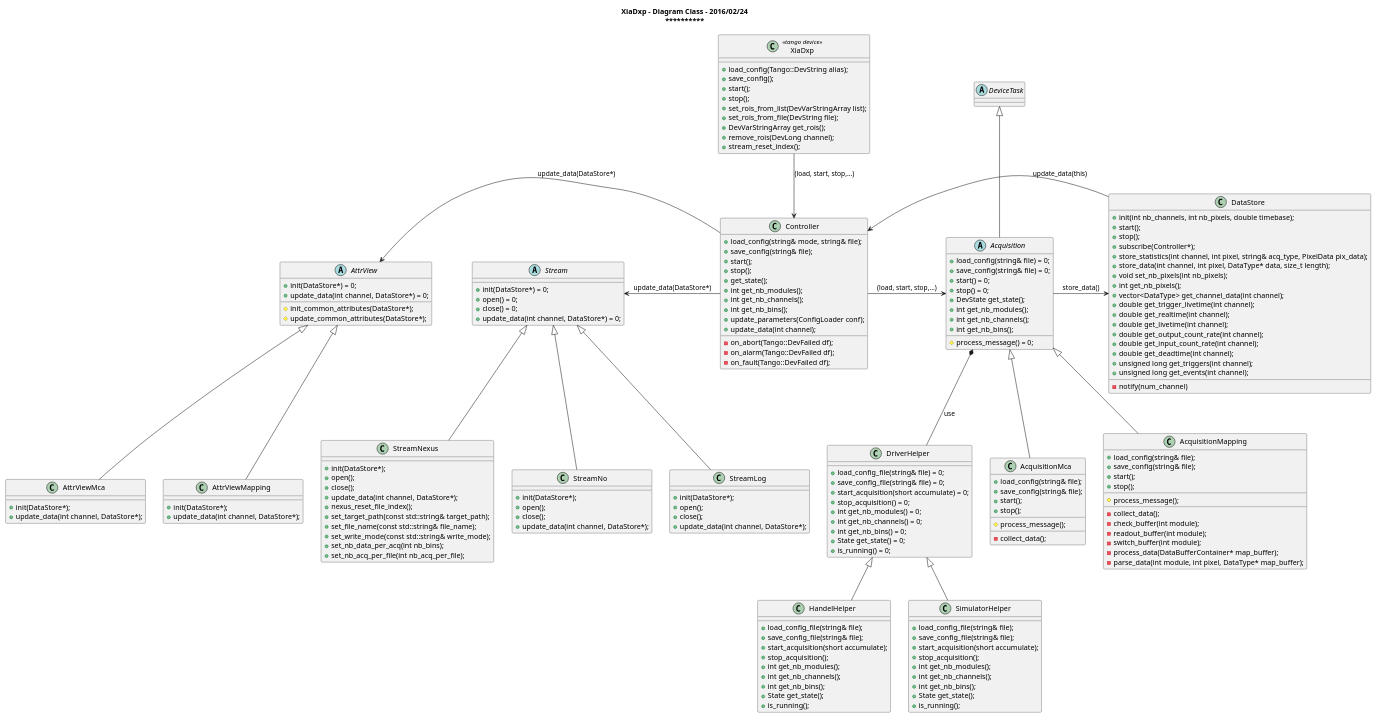
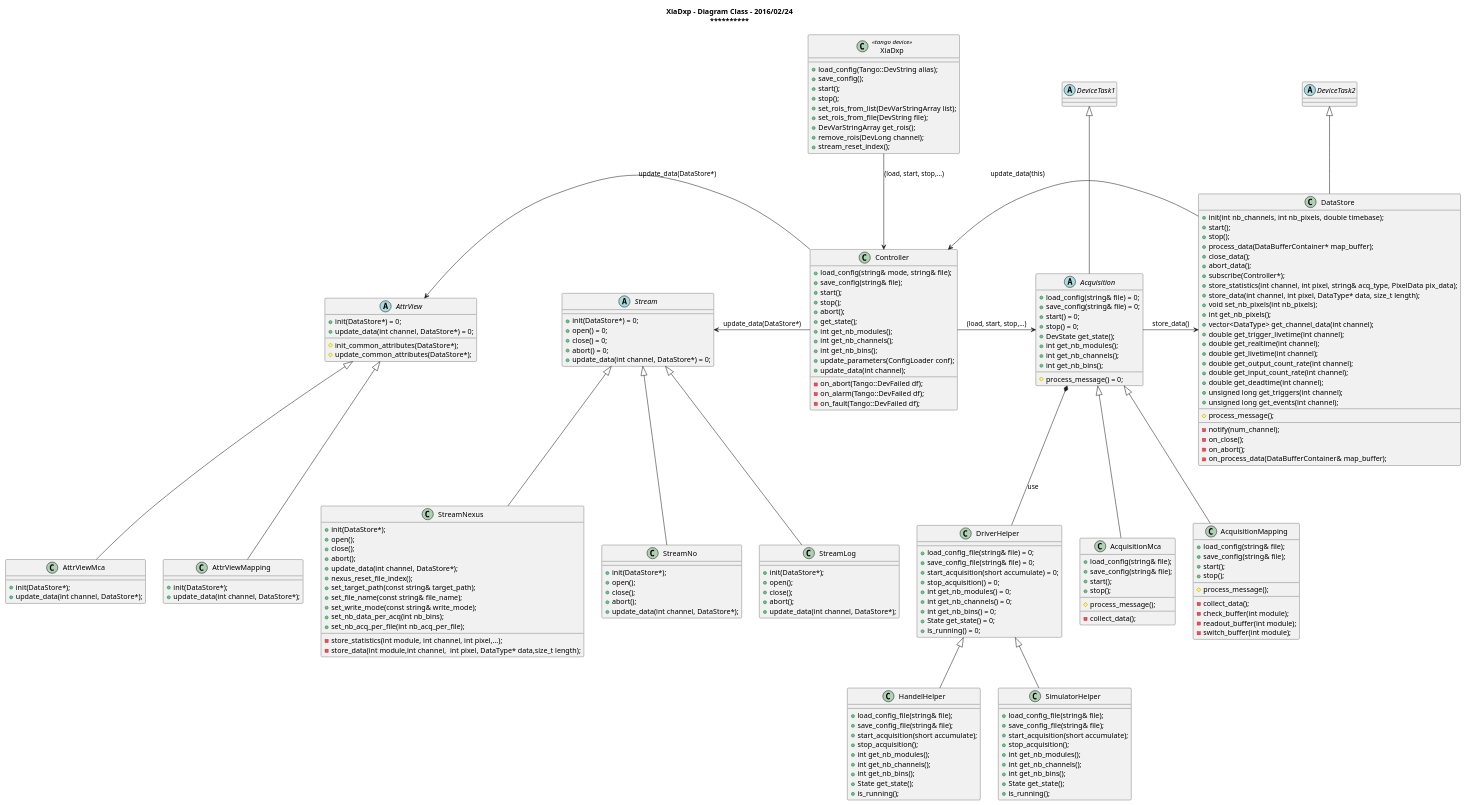
One commit to anoureddine/XiaDxp changed the diagram in uml/diagram_class_1.puml. Above: the diagram before and after it, drawn with PlantUML. The commit also changed 5 other files, not shown here.

Commit message:
Enhance Uml diagrams

```diff
--- a/uml/diagram_class_1.puml
+++ b/uml/diagram_class_1.puml
@@ -2,7 +2,11 @@
 
 title <b>XiaDxp - Diagram Class - 2016/02/24</b>\n**********************************************
 
-abstract class DeviceTask {
+abstract class DeviceTask1 {
+}
+
+
+abstract class DeviceTask2 {
 }
 
 abstract class Acquisition{
@@ -41,8 +45,6 @@
     -check_buffer(int module);
     -readout_buffer(int module);
     -switch_buffer(int module);
-    -process_data(DataBufferContainer* map_buffer);
-    -parse_data(int module, int pixel, DataType* map_buffer);
 }
 
 class DriverHelper {
@@ -85,6 +87,7 @@
     +init(DataStore*) = 0;
     +open() = 0;
     +close() = 0;
+    +abort() = 0;
     +update_data(int channel, DataStore*) = 0;
 }
 
@@ -92,6 +95,7 @@
     +init(DataStore*);
     +open();
     +close();
+    +abort();
     +update_data(int channel, DataStore*);
 }
 
@@ -99,6 +103,7 @@
     +init(DataStore*);
     +open();
     +close();
+    +abort();
     +update_data(int channel, DataStore*);
 }
 
@@ -106,13 +111,17 @@
     +init(DataStore*);
     +open();
     +close();
+    +abort();
     +update_data(int channel, DataStore*);
     +nexus_reset_file_index();    
-    +set_target_path(const std::string& target_path);
-    +set_file_name(const std::string& file_name);
-    +set_write_mode(const std::string& write_mode);
+    +set_target_path(const string& target_path);
+    +set_file_name(const string& file_name);
+    +set_write_mode(const string& write_mode);
     +set_nb_data_per_acq(int nb_bins);
     +set_nb_acq_per_file(int nb_acq_per_file);
+    __
+    -store_statistics(int module, int channel, int pixel,...);
+    -store_data(int module,int channel,	int pixel, DataType* data,size_t length);
 }
 
 abstract AttrView {
@@ -137,6 +146,9 @@
     +init(int nb_channels, int nb_pixels, double timebase);
     +start();
     +stop();
+    +process_data(DataBufferContainer* map_buffer);    
+    +close_data();
+    +abort_data();
     +subscribe(Controller*);
     +store_statistics(int channel, int pixel, string& acq_type, PixelData pix_data);
     +store_data(int channel, int pixel, DataType* data, size_t length);
@@ -152,7 +164,12 @@
     +unsigned long get_triggers(int channel);
 	+unsigned long get_events(int channel);
     __
-    -notify(num_channel)
+    #process_message();
+    __
+    -notify(num_channel);
+    -on_close();
+    -on_abort();
+    -on_process_data(DataBufferContainer& map_buffer);
 }
 
 
@@ -161,6 +178,7 @@
     +save_config(string& file);
     +start();
     +stop();
+    +abort();
     +get_state();
     +int get_nb_modules();    
     +int get_nb_channels();    
@@ -186,10 +204,11 @@
     +stream_reset_index();
 }
 
-DeviceTask <|-- Acquisition
+DeviceTask1 <|-- Acquisition
 Acquisition <|-- AcquisitionMca
 Acquisition <|-- AcquisitionMapping
 
+DeviceTask2 <|-- DataStore
 
 Stream <|-- StreamNexus
 Stream <|-- StreamLog
```
